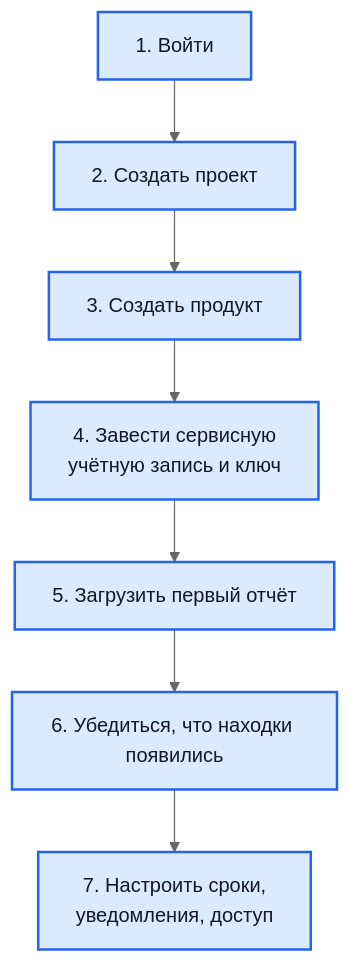
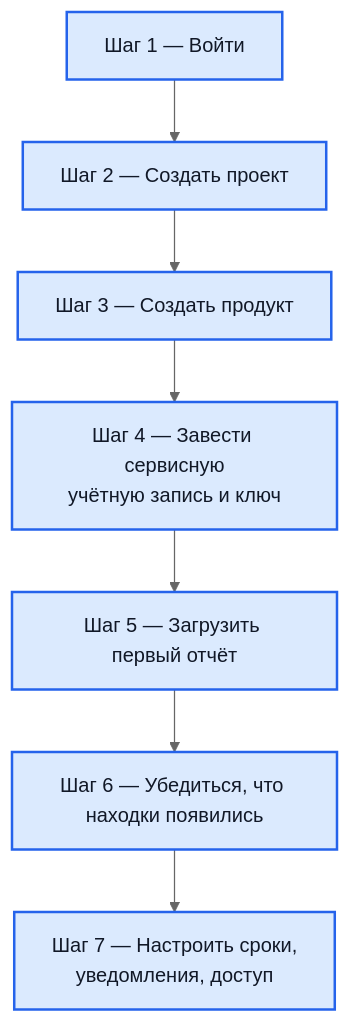
Before and after one commit to s3m4rgl/hub-docs: the diagram in docs/first-steps.md, drawn with Mermaid (neutral theme).

Commit message:
fix(docs): схема первых шагов не отрисовывалась
Mermaid разбирает подписи узлов как markdown, и подпись вида «1. Войти»
принимается за пункт нумерованного списка — неподдерживаемую конструкцию.
Вместо подписей выводилось «Unsupported markdown: list».

Заменено на «Шаг N — …».

````diff
--- a/docs/first-steps.md
+++ b/docs/first-steps.md
@@ -9,15 +9,15 @@
 ```mermaid
 flowchart TD
-    A["1. Войти"]
-    B["2. Создать проект"]
-    C["3. Создать продукт"]
-    D["4. Завести сервисную<br/>учётную запись и ключ"]
-    E["5. Загрузить первый отчёт"]
-    F["6. Убедиться, что находки появились"]
-    G["7. Настроить сроки,<br/>уведомления, доступ"]
+    A["Шаг 1 — Войти"]
+    B["Шаг 2 — Создать проект"]
+    C["Шаг 3 — Создать продукт"]
+    D["Шаг 4 — Завести сервисную<br/>учётную запись и ключ"]
+    E["Шаг 5 — Загрузить первый отчёт"]
+    F["Шаг 6 — Убедиться, что находки появились"]
+    G["Шаг 7 — Настроить сроки,<br/>уведомления, доступ"]
 
     A --> B --> C --> D --> E --> F --> G
 
     classDef step fill:#dbeafe,stroke:#2563eb,stroke-width:2px,color:#111827
     class A,B,C,D,E,F,G step
 ```
````
